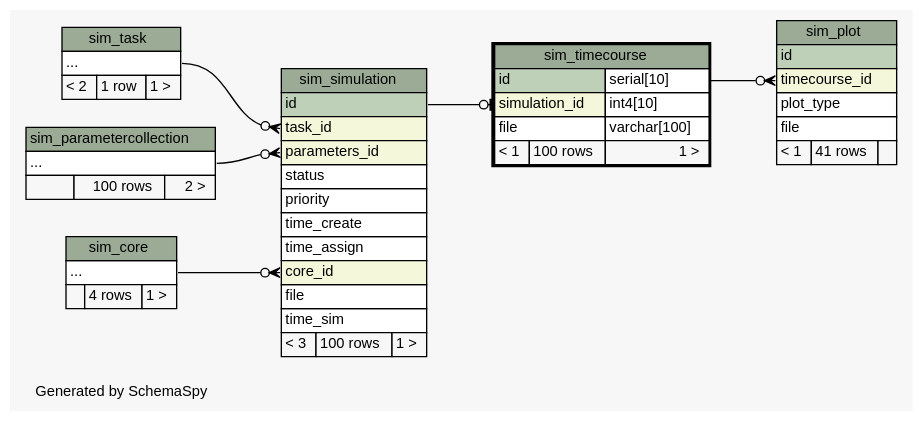
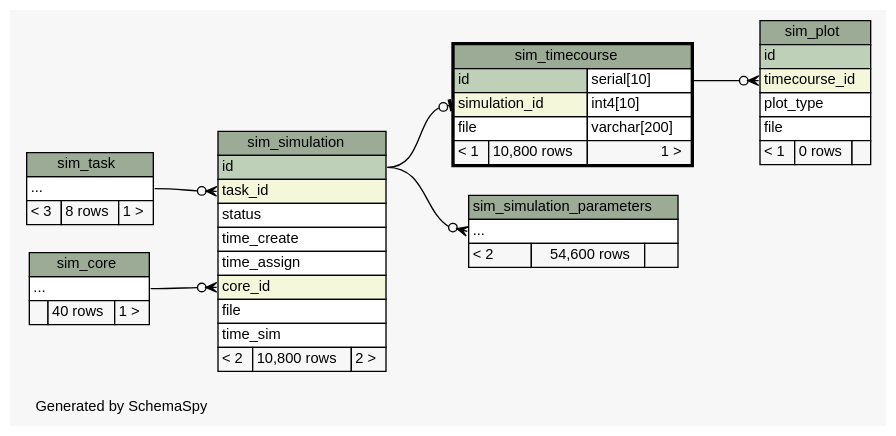
The diagram in database/schema/diagrams/sim_timecourse.2degrees.dot (jingyayeah/multiscale-galactose), drawn with Graphviz before and after one commit. The commit also changed 101 other files, not shown here.

Commit message:
Database schema updated

```diff
--- a/database/schema/diagrams/sim_timecourse.2degrees.dot
+++ b/database/schema/diagrams/sim_timecourse.2degrees.dot
@@ -1,101 +1,99 @@
 // dot 2.26.3 on Linux 3.11.0-12-generic
 // SchemaSpy rev 590
 digraph "twoDegreesRelationshipsDiagram" {
   graph [
     rankdir="RL"
     bgcolor="#f7f7f7"
     label="\nGenerated by SchemaSpy"
     labeljust="l"
     nodesep="0.18"
     ranksep="0.46"
     fontname="Helvetica"
     fontsize="11"
   ];
   node [
     fontname="Helvetica"
     fontsize="11"
     shape="plaintext"
   ];
   edge [
     arrowsize="0.8"
   ];
   "sim_plot":"timecourse_id":w -> "sim_timecourse":"id.type":e [arrowhead=none dir=back arrowtail=crowodot];
   "sim_simulation":"core_id":w -> "sim_core":"elipses":e [arrowhead=none dir=back arrowtail=crowodot];
-  "sim_simulation":"parameters_id":w -> "sim_parametercollection":"elipses":e [arrowhead=none dir=back arrowtail=crowodot];
   "sim_simulation":"task_id":w -> "sim_task":"elipses":e [arrowhead=none dir=back arrowtail=crowodot];
+  "sim_simulation_parameters":"elipses":w -> "sim_simulation":"id":e [arrowhead=none dir=back arrowtail=crowodot];
   "sim_timecourse":"simulation_id":w -> "sim_simulation":"id":e [arrowhead=none dir=back arrowtail=teeodot];
   "sim_core" [
     label=<
     <TABLE BORDER="0" CELLBORDER="1" CELLSPACING="0" BGCOLOR="#ffffff">
       <TR><TD COLSPAN="3" BGCOLOR="#9bab96" ALIGN="CENTER">sim_core</TD></TR>
       <TR><TD PORT="elipses" COLSPAN="3" ALIGN="LEFT">...</TD></TR>
-      <TR><TD ALIGN="LEFT" BGCOLOR="#f7f7f7">  </TD><TD ALIGN="RIGHT" BGCOLOR="#f7f7f7">4 rows</TD><TD ALIGN="RIGHT" BGCOLOR="#f7f7f7">1 &gt;</TD></TR>
+      <TR><TD ALIGN="LEFT" BGCOLOR="#f7f7f7">  </TD><TD ALIGN="RIGHT" BGCOLOR="#f7f7f7">40 rows</TD><TD ALIGN="RIGHT" BGCOLOR="#f7f7f7">1 &gt;</TD></TR>
     </TABLE>>
     URL="sim_core.html"
     tooltip="sim_core"
-  ];
-  "sim_parametercollection" [
-    label=<
-    <TABLE BORDER="0" CELLBORDER="1" CELLSPACING="0" BGCOLOR="#ffffff">
-      <TR><TD COLSPAN="3" BGCOLOR="#9bab96" ALIGN="CENTER">sim_parametercollection</TD></TR>
-      <TR><TD PORT="elipses" COLSPAN="3" ALIGN="LEFT">...</TD></TR>
-      <TR><TD ALIGN="LEFT" BGCOLOR="#f7f7f7">  </TD><TD ALIGN="RIGHT" BGCOLOR="#f7f7f7">100 rows</TD><TD ALIGN="RIGHT" BGCOLOR="#f7f7f7">2 &gt;</TD></TR>
-    </TABLE>>
-    URL="sim_parametercollection.html"
-    tooltip="sim_parametercollection"
   ];
   "sim_plot" [
     label=<
     <TABLE BORDER="0" CELLBORDER="1" CELLSPACING="0" BGCOLOR="#ffffff">
       <TR><TD COLSPAN="3" BGCOLOR="#9bab96" ALIGN="CENTER">sim_plot</TD></TR>
       <TR><TD PORT="id" COLSPAN="3" BGCOLOR="#bed1b8" ALIGN="LEFT">id</TD></TR>
       <TR><TD PORT="timecourse_id" COLSPAN="3" BGCOLOR="#f4f7da" ALIGN="LEFT">timecourse_id</TD></TR>
       <TR><TD PORT="plot_type" COLSPAN="3" ALIGN="LEFT">plot_type</TD></TR>
       <TR><TD PORT="file" COLSPAN="3" ALIGN="LEFT">file</TD></TR>
-      <TR><TD ALIGN="LEFT" BGCOLOR="#f7f7f7">&lt; 1</TD><TD ALIGN="RIGHT" BGCOLOR="#f7f7f7">41 rows</TD><TD ALIGN="RIGHT" BGCOLOR="#f7f7f7">  </TD></TR>
+      <TR><TD ALIGN="LEFT" BGCOLOR="#f7f7f7">&lt; 1</TD><TD ALIGN="RIGHT" BGCOLOR="#f7f7f7">0 rows</TD><TD ALIGN="RIGHT" BGCOLOR="#f7f7f7">  </TD></TR>
     </TABLE>>
     URL="sim_plot.html"
     tooltip="sim_plot"
   ];
   "sim_simulation" [
     label=<
     <TABLE BORDER="0" CELLBORDER="1" CELLSPACING="0" BGCOLOR="#ffffff">
       <TR><TD COLSPAN="3" BGCOLOR="#9bab96" ALIGN="CENTER">sim_simulation</TD></TR>
       <TR><TD PORT="id" COLSPAN="3" BGCOLOR="#bed1b8" ALIGN="LEFT">id</TD></TR>
       <TR><TD PORT="task_id" COLSPAN="3" BGCOLOR="#f4f7da" ALIGN="LEFT">task_id</TD></TR>
-      <TR><TD PORT="parameters_id" COLSPAN="3" BGCOLOR="#f4f7da" ALIGN="LEFT">parameters_id</TD></TR>
       <TR><TD PORT="status" COLSPAN="3" ALIGN="LEFT">status</TD></TR>
-      <TR><TD PORT="priority" COLSPAN="3" ALIGN="LEFT">priority</TD></TR>
       <TR><TD PORT="time_create" COLSPAN="3" ALIGN="LEFT">time_create</TD></TR>
       <TR><TD PORT="time_assign" COLSPAN="3" ALIGN="LEFT">time_assign</TD></TR>
       <TR><TD PORT="core_id" COLSPAN="3" BGCOLOR="#f4f7da" ALIGN="LEFT">core_id</TD></TR>
       <TR><TD PORT="file" COLSPAN="3" ALIGN="LEFT">file</TD></TR>
       <TR><TD PORT="time_sim" COLSPAN="3" ALIGN="LEFT">time_sim</TD></TR>
-      <TR><TD ALIGN="LEFT" BGCOLOR="#f7f7f7">&lt; 3</TD><TD ALIGN="RIGHT" BGCOLOR="#f7f7f7">100 rows</TD><TD ALIGN="RIGHT" BGCOLOR="#f7f7f7">1 &gt;</TD></TR>
+      <TR><TD ALIGN="LEFT" BGCOLOR="#f7f7f7">&lt; 2</TD><TD ALIGN="RIGHT" BGCOLOR="#f7f7f7">10,800 rows</TD><TD ALIGN="RIGHT" BGCOLOR="#f7f7f7">2 &gt;</TD></TR>
     </TABLE>>
     URL="sim_simulation.html"
     tooltip="sim_simulation"
+  ];
+  "sim_simulation_parameters" [
+    label=<
+    <TABLE BORDER="0" CELLBORDER="1" CELLSPACING="0" BGCOLOR="#ffffff">
+      <TR><TD COLSPAN="3" BGCOLOR="#9bab96" ALIGN="CENTER">sim_simulation_parameters</TD></TR>
+      <TR><TD PORT="elipses" COLSPAN="3" ALIGN="LEFT">...</TD></TR>
+      <TR><TD ALIGN="LEFT" BGCOLOR="#f7f7f7">&lt; 2</TD><TD ALIGN="RIGHT" BGCOLOR="#f7f7f7">54,600 rows</TD><TD ALIGN="RIGHT" BGCOLOR="#f7f7f7">  </TD></TR>
+    </TABLE>>
+    URL="sim_simulation_parameters.html"
+    tooltip="sim_simulation_parameters"
   ];
   "sim_task" [
     label=<
     <TABLE BORDER="0" CELLBORDER="1" CELLSPACING="0" BGCOLOR="#ffffff">
       <TR><TD COLSPAN="3" BGCOLOR="#9bab96" ALIGN="CENTER">sim_task</TD></TR>
       <TR><TD PORT="elipses" COLSPAN="3" ALIGN="LEFT">...</TD></TR>
-      <TR><TD ALIGN="LEFT" BGCOLOR="#f7f7f7">&lt; 2</TD><TD ALIGN="RIGHT" BGCOLOR="#f7f7f7">1 row</TD><TD ALIGN="RIGHT" BGCOLOR="#f7f7f7">1 &gt;</TD></TR>
+      <TR><TD ALIGN="LEFT" BGCOLOR="#f7f7f7">&lt; 3</TD><TD ALIGN="RIGHT" BGCOLOR="#f7f7f7">8 rows</TD><TD ALIGN="RIGHT" BGCOLOR="#f7f7f7">1 &gt;</TD></TR>
     </TABLE>>
     URL="sim_task.html"
     tooltip="sim_task"
   ];
   "sim_timecourse" [
     label=<
     <TABLE BORDER="2" CELLBORDER="1" CELLSPACING="0" BGCOLOR="#ffffff">
       <TR><TD COLSPAN="3" BGCOLOR="#9bab96" ALIGN="CENTER">sim_timecourse</TD></TR>
       <TR><TD PORT="id" COLSPAN="2" BGCOLOR="#bed1b8" ALIGN="LEFT">id</TD><TD PORT="id.type" ALIGN="LEFT">serial[10]</TD></TR>
       <TR><TD PORT="simulation_id" COLSPAN="2" BGCOLOR="#f4f7da" ALIGN="LEFT">simulation_id</TD><TD PORT="simulation_id.type" ALIGN="LEFT">int4[10]</TD></TR>
-      <TR><TD PORT="file" COLSPAN="2" ALIGN="LEFT">file</TD><TD PORT="file.type" ALIGN="LEFT">varchar[100]</TD></TR>
-      <TR><TD ALIGN="LEFT" BGCOLOR="#f7f7f7">&lt; 1</TD><TD ALIGN="RIGHT" BGCOLOR="#f7f7f7">100 rows</TD><TD ALIGN="RIGHT" BGCOLOR="#f7f7f7">1 &gt;</TD></TR>
+      <TR><TD PORT="file" COLSPAN="2" ALIGN="LEFT">file</TD><TD PORT="file.type" ALIGN="LEFT">varchar[200]</TD></TR>
+      <TR><TD ALIGN="LEFT" BGCOLOR="#f7f7f7">&lt; 1</TD><TD ALIGN="RIGHT" BGCOLOR="#f7f7f7">10,800 rows</TD><TD ALIGN="RIGHT" BGCOLOR="#f7f7f7">1 &gt;</TD></TR>
     </TABLE>>
     URL="sim_timecourse.html"
     tooltip="sim_timecourse"
   ];
 }
```
